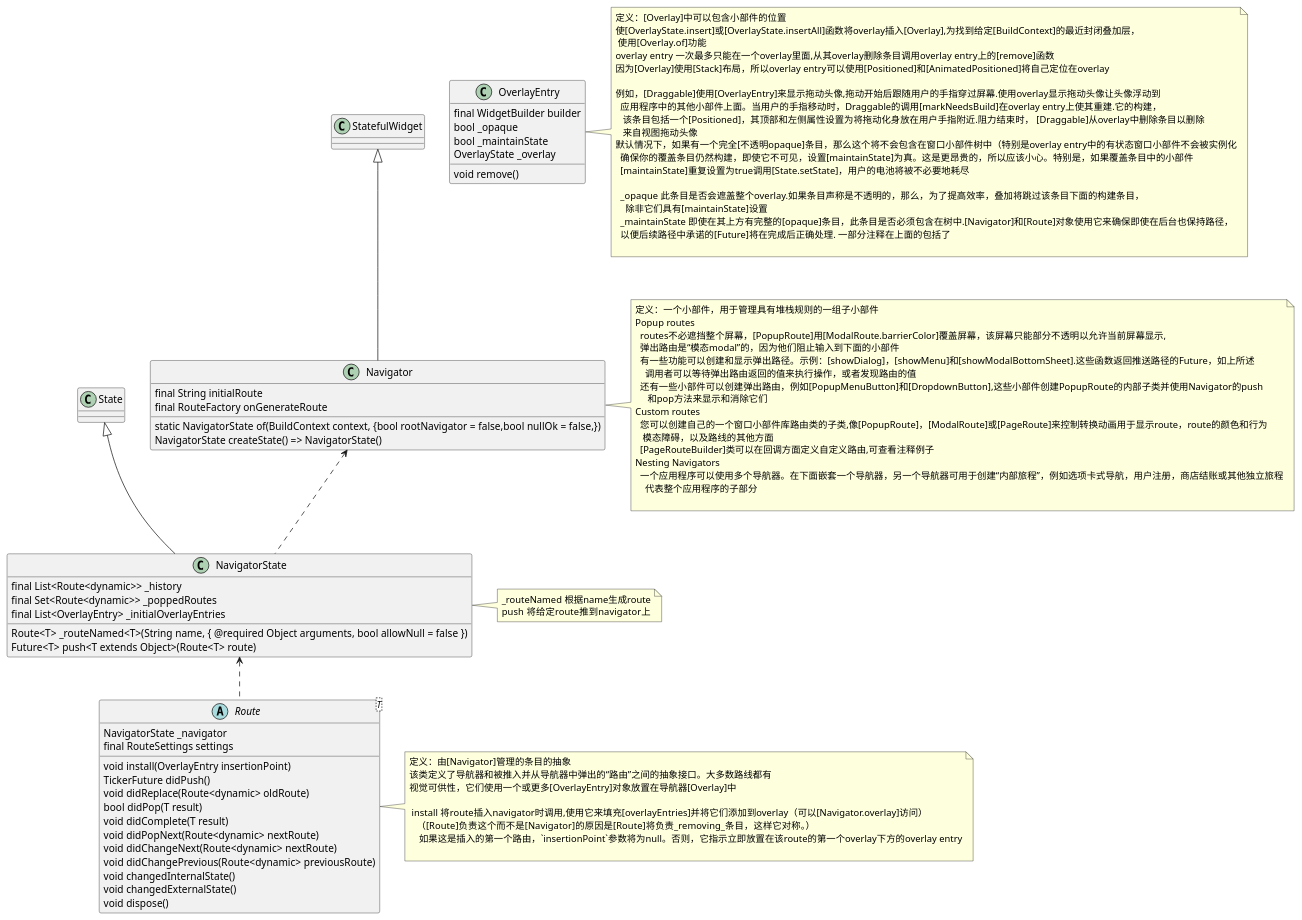
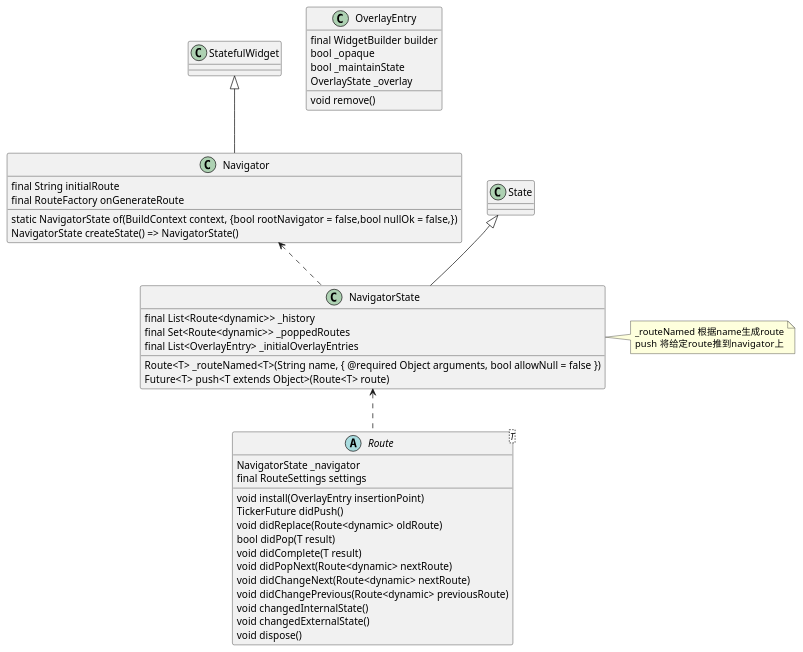
Before and after one commit to songshitong/flutterdemo: the diagram in lib/flutter/source/navigator.puml, drawn with PlantUML. The commit also changed 16 other files, not shown here.

```diff
--- a/lib/flutter/source/navigator.puml
+++ b/lib/flutter/source/navigator.puml
@@ -1,99 +1,99 @@
 @startuml
 
 class Navigator{
   final String initialRoute
   final RouteFactory onGenerateRoute
   static NavigatorState of(BuildContext context, {bool rootNavigator = false,bool nullOk = false,})
   NavigatorState createState() => NavigatorState()
 }
-note right of Navigator{
- 定义：一个小部件，用于管理具有堆栈规则的一组子小部件
- Popup routes
-   routes不必遮挡整个屏幕，[PopupRoute]用[ModalRoute.barrierColor]覆盖屏幕，该屏幕只能部分不透明以允许当前屏幕显示,
-   弹出路由是“模态modal”的，因为他们阻止输入到下面的小部件
-   有一些功能可以创建和显示弹出路径。示例：[showDialog]，[showMenu]和[showModalBottomSheet].这些函数返回推送路径的Future，如上所述
-     调用者可以等待弹出路由返回的值来执行操作，或者发现路由的值
-   还有一些小部件可以创建弹出路由，例如[PopupMenuButton]和[DropdownButton],这些小部件创建PopupRoute的内部子类并使用Navigator的push
-      和pop方法来显示和消除它们
- Custom routes
-   您可以创建自己的一个窗口小部件库路由类的子类,像[PopupRoute]，[ModalRoute]或[PageRoute]来控制转换动画用于显示route，route的颜色和行为
-    模态障碍，以及路线的其他方面
-   [PageRouteBuilder]类可以在回调方面定义自定义路由,可查看注释例子
- Nesting Navigators
-   一个应用程序可以使用多个导航器。在下面嵌套一个导航器，另一个导航器可用于创建“内部旅程”，例如选项卡式导航，用户注册，商店结账或其他独立旅程
-     代表整个应用程序的子部分
-
-}
+'note right of Navigator{
+' 定义：一个小部件，用于管理具有堆栈规则的一组子小部件
+' Popup routes
+'   routes不必遮挡整个屏幕，[PopupRoute]用[ModalRoute.barrierColor]覆盖屏幕，该屏幕只能部分不透明以允许当前屏幕显示,
+'   弹出路由是“模态modal”的，因为他们阻止输入到下面的小部件
+'   有一些功能可以创建和显示弹出路径。示例：[showDialog]，[showMenu]和[showModalBottomSheet].这些函数返回推送路径的Future，如上所述
+'     调用者可以等待弹出路由返回的值来执行操作，或者发现路由的值
+'   还有一些小部件可以创建弹出路由，例如[PopupMenuButton]和[DropdownButton],这些小部件创建PopupRoute的内部子类并使用Navigator的push
+'      和pop方法来显示和消除它们
+' Custom routes
+'   您可以创建自己的一个窗口小部件库路由类的子类,像[PopupRoute]，[ModalRoute]或[PageRoute]来控制转换动画用于显示route，route的颜色和行为
+'    模态障碍，以及路线的其他方面
+'   [PageRouteBuilder]类可以在回调方面定义自定义路由,可查看注释例子
+' Nesting Navigators
+'   一个应用程序可以使用多个导航器。在下面嵌套一个导航器，另一个导航器可用于创建“内部旅程”，例如选项卡式导航，用户注册，商店结账或其他独立旅程
+'     代表整个应用程序的子部分
+'
+'}
 class NavigatorState{
    final List<Route<dynamic>> _history
    final Set<Route<dynamic>> _poppedRoutes
    final List<OverlayEntry> _initialOverlayEntries
 
    Route<T> _routeNamed<T>(String name, { @required Object arguments, bool allowNull = false })
    Future<T> push<T extends Object>(Route<T> route)
 }
 note right of NavigatorState{
    _routeNamed 根据name生成route
    push  将给定route推到navigator上
 }
 
 abstract class Route<T> {
   NavigatorState _navigator
   final RouteSettings settings
   void install(OverlayEntry insertionPoint)
   TickerFuture didPush()
   void didReplace(Route<dynamic> oldRoute)
   bool didPop(T result)
   void didComplete(T result)
   void didPopNext(Route<dynamic> nextRoute)
   void didChangeNext(Route<dynamic> nextRoute)
   void didChangePrevious(Route<dynamic> previousRoute)
   void changedInternalState()
   void changedExternalState()
   void dispose()
 }
-note right of Route{
-  定义：由[Navigator]管理的条目的抽象
-  该类定义了导航器和被推入并从导航器中弹出的“路由”之间的抽象接口。大多数路线都有
-  视觉可供性，它们使用一个或更多[OverlayEntry]对象放置在导航器[Overlay]中
-
-   install 将route插入navigator时调用,使用它来填充[overlayEntries]并将它们添加到overlay（可以[Navigator.overlay]访问）
-     （[Route]负责这个而不是[Navigator]的原因是[Route]将负责_removing_条目，这样它对称。）
-      如果这是插入的第一个路由，`insertionPoint`参数将为null。否则，它指示立即放置在该route的第一个overlay下方的overlay entry
-
-}
+'note right of Route{
+'  定义：由[Navigator]管理的条目的抽象
+'  该类定义了导航器和被推入并从导航器中弹出的“路由”之间的抽象接口。大多数路线都有
+'  视觉可供性，它们使用一个或更多[OverlayEntry]对象放置在导航器[Overlay]中
+'
+'   install 将route插入navigator时调用,使用它来填充[overlayEntries]并将它们添加到overlay（可以[Navigator.overlay]访问）
+'     （[Route]负责这个而不是[Navigator]的原因是[Route]将负责_removing_条目，这样它对称。）
+'      如果这是插入的第一个路由，`insertionPoint`参数将为null。否则，它指示立即放置在该route的第一个overlay下方的overlay entry
+'
+'}
 
 class OverlayEntry {
    final WidgetBuilder builder
    bool _opaque
    bool _maintainState
    OverlayState _overlay
    void remove()
 }
-note right of OverlayEntry{
-  定义：[Overlay]中可以包含小部件的位置
-  使[OverlayState.insert]或[OverlayState.insertAll]函数将overlay插入[Overlay],为找到给定[BuildContext]的最近封闭叠加层，
-   使用[Overlay.of]功能
-  overlay entry 一次最多只能在一个overlay里面,从其overlay删除条目调用overlay entry上的[remove]函数
-  因为[Overlay]使用[Stack]布局，所以overlay entry可以使用[Positioned]和[AnimatedPositioned]将自己定位在overlay
-
-  例如，[Draggable]使用[OverlayEntry]来显示拖动头像,拖动开始后跟随用户的手指穿过屏幕.使用overlay显示拖动头像让头像浮动到
-    应用程序中的其他小部件上面。当用户的手指移动时，Draggable的调用[markNeedsBuild]在overlay entry上使其重建.它的构建，
-     该条目包括一个[Positioned]，其顶部和左侧属性设置为将拖动化身放在用户手指附近.阻力结束时， [Draggable]从overlay中删除条目以删除
-     来自视图拖动头像
-  默认情况下，如果有一个完全[不透明opaque]条目，那么这个将不会包含在窗口小部件树中（特别是overlay entry中的有状态窗口小部件不会被实例化
-    确保你的覆盖条目仍然构建，即使它不可见，设置[maintainState]为真。这是更昂贵的，所以应该小心。特别是，如果覆盖条目中的小部件
-    [maintainState]重复设置为true调用[State.setState]，用户的电池将被不必要地耗尽
-
-    _opaque 此条目是否会遮盖整个overlay.如果条目声称是不透明的，那么，为了提高效率，叠加将跳过该条目下面的构建条目，
-      除非它们具有[maintainState]设置
-    _maintainState 即使在其上方有完整的[opaque]条目，此条目是否必须包含在树中.[Navigator]和[Route]对象使用它来确保即使在后台也保持路径，
-    以便后续路径中承诺的[Future]将在完成后正确处理. 一部分注释在上面的包括了
-
-}
+'note right of OverlayEntry{
+'  定义：[Overlay]中可以包含小部件的位置
+'  使[OverlayState.insert]或[OverlayState.insertAll]函数将overlay插入[Overlay],为找到给定[BuildContext]的最近封闭叠加层，
+'   使用[Overlay.of]功能
+'  overlay entry 一次最多只能在一个overlay里面,从其overlay删除条目调用overlay entry上的[remove]函数
+'  因为[Overlay]使用[Stack]布局，所以overlay entry可以使用[Positioned]和[AnimatedPositioned]将自己定位在overlay
+'
+'  例如，[Draggable]使用[OverlayEntry]来显示拖动头像,拖动开始后跟随用户的手指穿过屏幕.使用overlay显示拖动头像让头像浮动到
+'    应用程序中的其他小部件上面。当用户的手指移动时，Draggable的调用[markNeedsBuild]在overlay entry上使其重建.它的构建，
+'     该条目包括一个[Positioned]，其顶部和左侧属性设置为将拖动化身放在用户手指附近.阻力结束时， [Draggable]从overlay中删除条目以删除
+'     来自视图拖动头像
+'  默认情况下，如果有一个完全[不透明opaque]条目，那么这个将不会包含在窗口小部件树中（特别是overlay entry中的有状态窗口小部件不会被实例化
+'    确保你的覆盖条目仍然构建，即使它不可见，设置[maintainState]为真。这是更昂贵的，所以应该小心。特别是，如果覆盖条目中的小部件
+'    [maintainState]重复设置为true调用[State.setState]，用户的电池将被不必要地耗尽
+'
+'    _opaque 此条目是否会遮盖整个overlay.如果条目声称是不透明的，那么，为了提高效率，叠加将跳过该条目下面的构建条目，
+'      除非它们具有[maintainState]设置
+'    _maintainState 即使在其上方有完整的[opaque]条目，此条目是否必须包含在树中.[Navigator]和[Route]对象使用它来确保即使在后台也保持路径，
+'    以便后续路径中承诺的[Future]将在完成后正确处理. 一部分注释在上面的包括了
+'
+'}
 
 StatefulWidget <|-- Navigator
 State          <|-- NavigatorState
 Navigator      <.. NavigatorState
 NavigatorState <.. Route
 @enduml
```
